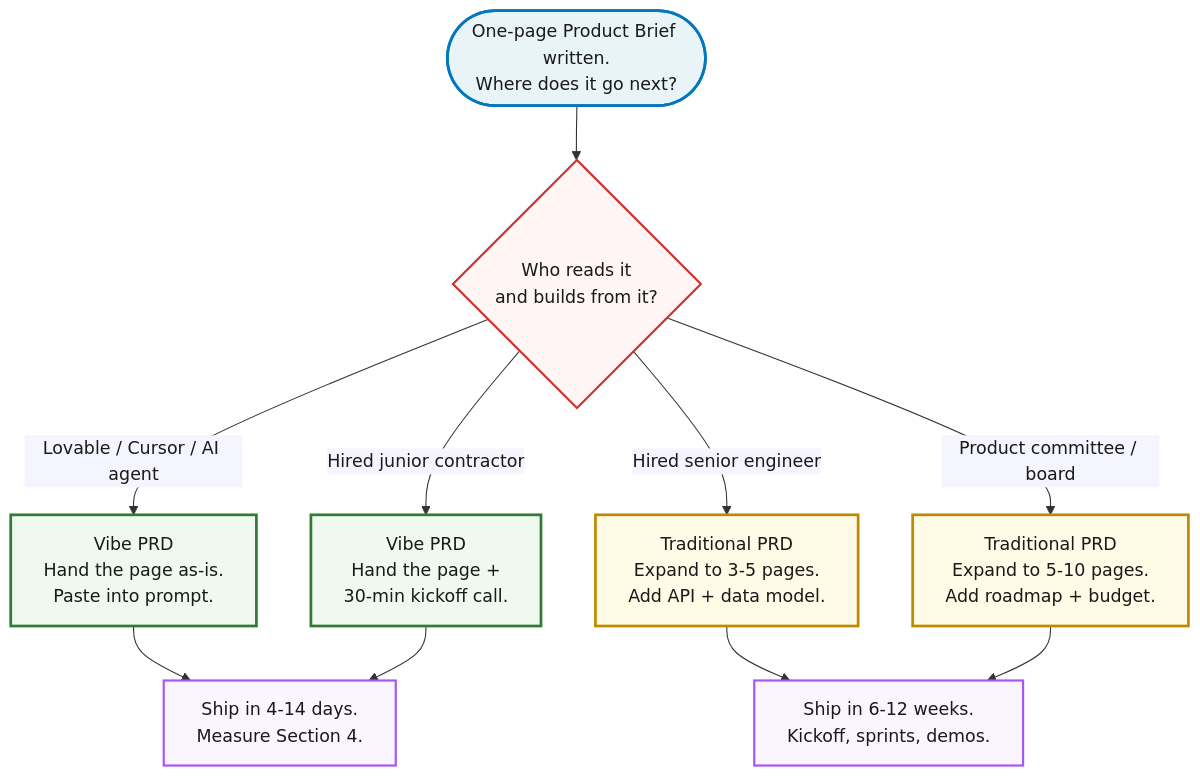
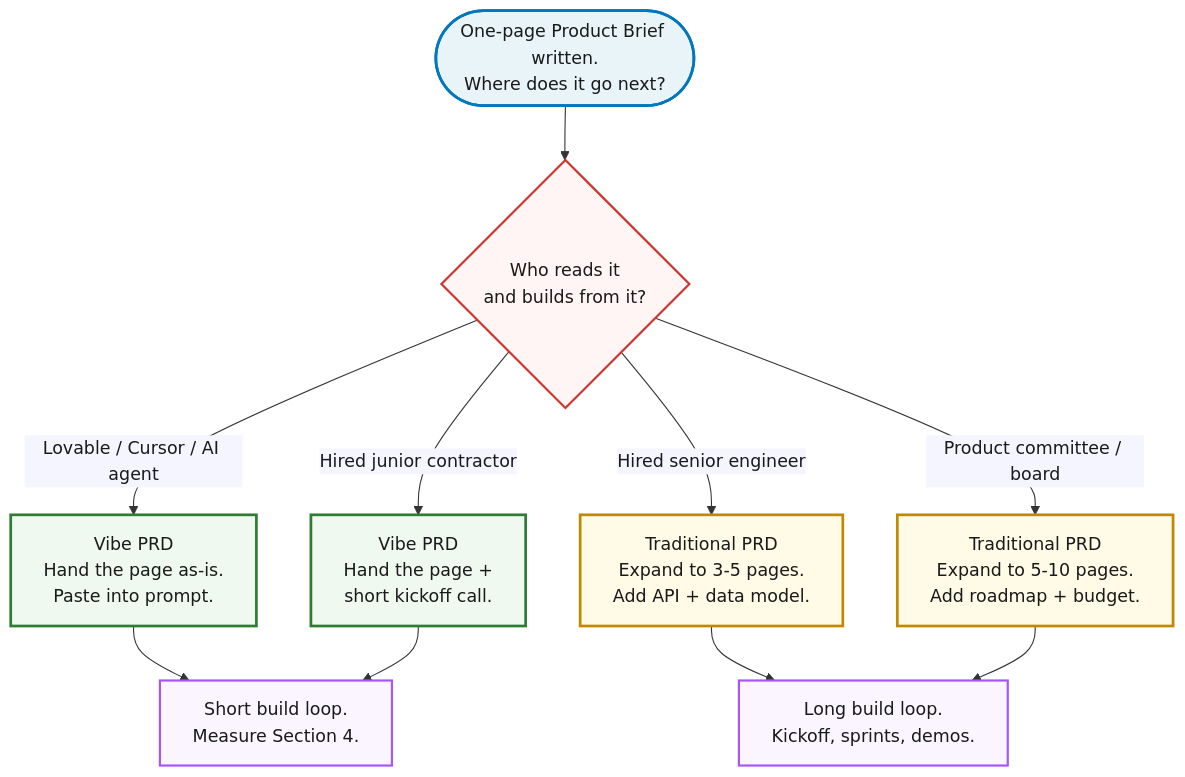
One commit to jetthoughts/jetthoughts.github.io changed the diagram in content/course/tech-for-non-technical-founders-2026/one-page-product-brief-vibe-prd/index.md. Above: the diagram before and after it, drawn with Mermaid. The commit also changed other lines of this file and 25 other files, not shown here.

Commit message:
content(course): AI deep-research — logic-flow, critic sweeps, execution-readiness

````diff
--- a/content/course/tech-for-non-technical-founders-2026/one-page-product-brief-vibe-prd/index.md
+++ b/content/course/tech-for-non-technical-founders-2026/one-page-product-brief-vibe-prd/index.md
@@ -103,26 +105,26 @@
 ```mermaid
 %%{init: {'theme':'base', 'themeVariables': {'fontFamily':'Caveat, Patrick Hand, cursive', 'primaryColor':'#fff5f5', 'primaryBorderColor':'#cc342d', 'lineColor':'#333', 'primaryTextColor':'#1a1a1a'}}}%%
 flowchart TD
     Start(["One-page Product Brief written.<br/>Where does it go next?"])
     Start --> Q1{Who reads it<br/>and builds from it?}
     Q1 -->|Lovable / Cursor / AI agent| Vibe1[Vibe PRD<br/>Hand the page as-is.<br/>Paste into prompt.]
-    Q1 -->|Hired junior contractor| Vibe2[Vibe PRD<br/>Hand the page +<br/>30-min kickoff call.]
+    Q1 -->|Hired junior contractor| Vibe2[Vibe PRD<br/>Hand the page +<br/>short kickoff call.]
     Q1 -->|Hired senior engineer| Trad1[Traditional PRD<br/>Expand to 3-5 pages.<br/>Add API + data model.]
     Q1 -->|Product committee / board| Trad2[Traditional PRD<br/>Expand to 5-10 pages.<br/>Add roadmap + budget.]
-    Vibe1 --> Ship1[Ship in 4-14 days.<br/>Measure Section 4.]
+    Vibe1 --> Ship1[Short build loop.<br/>Measure Section 4.]
     Vibe2 --> Ship1
-    Trad1 --> Ship2[Ship in 6-12 weeks.<br/>Kickoff, sprints, demos.]
+    Trad1 --> Ship2[Long build loop.<br/>Kickoff, sprints, demos.]
     Trad2 --> Ship2
 
     classDef start fill:#e8f4f8,stroke:#0277bd,stroke-width:2.5px,color:#1a1a1a
     classDef vibe fill:#f0f9f0,stroke:#2e7d32,stroke-width:2.5px,color:#1a1a1a
     classDef trad fill:#fffbe6,stroke:#bf8a00,stroke-width:2.5px,color:#1a1a1a
     classDef ship fill:#faf5ff,stroke:#a855f7,stroke-width:2px,color:#1a1a1a
     classDef decision fill:#fff5f5,stroke:#cc342d,stroke-width:2px,color:#1a1a1a
 
     class Start start
     class Q1 decision
     class Vibe1,Vibe2 vibe
     class Trad1,Trad2 trad
     class Ship1,Ship2 ship
 ```
````
